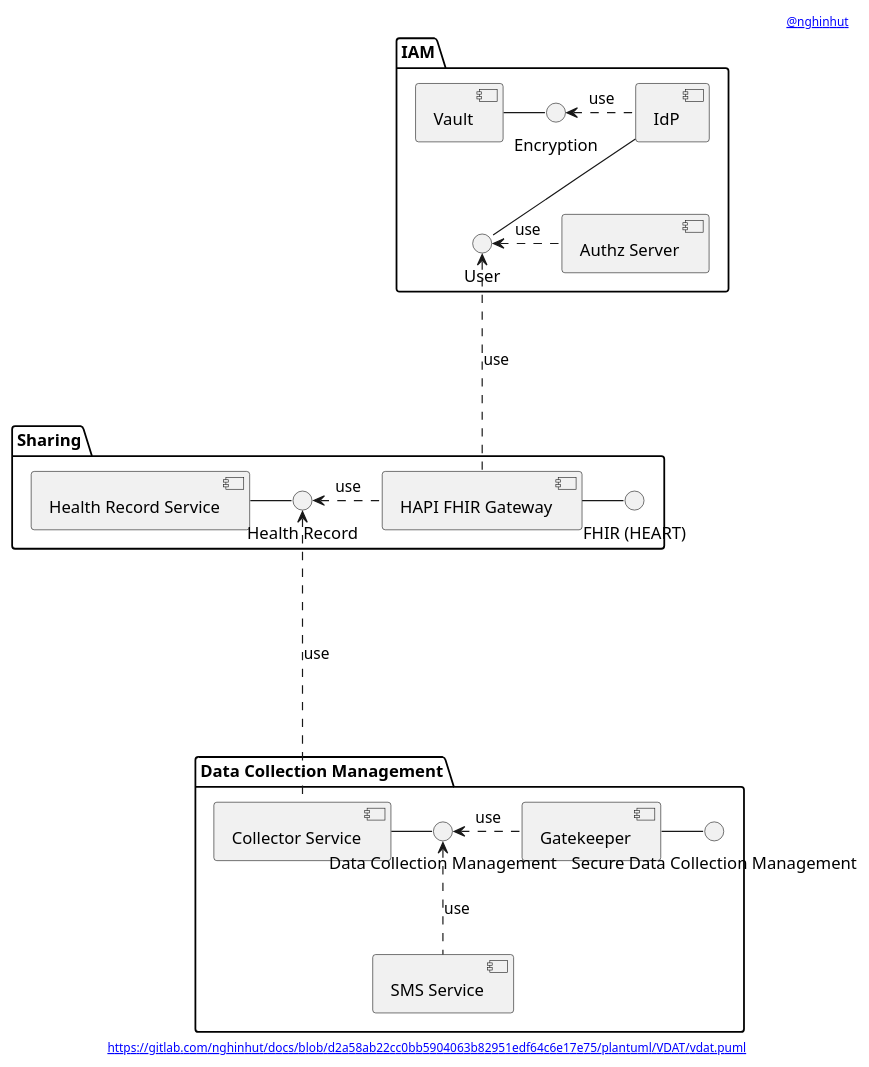
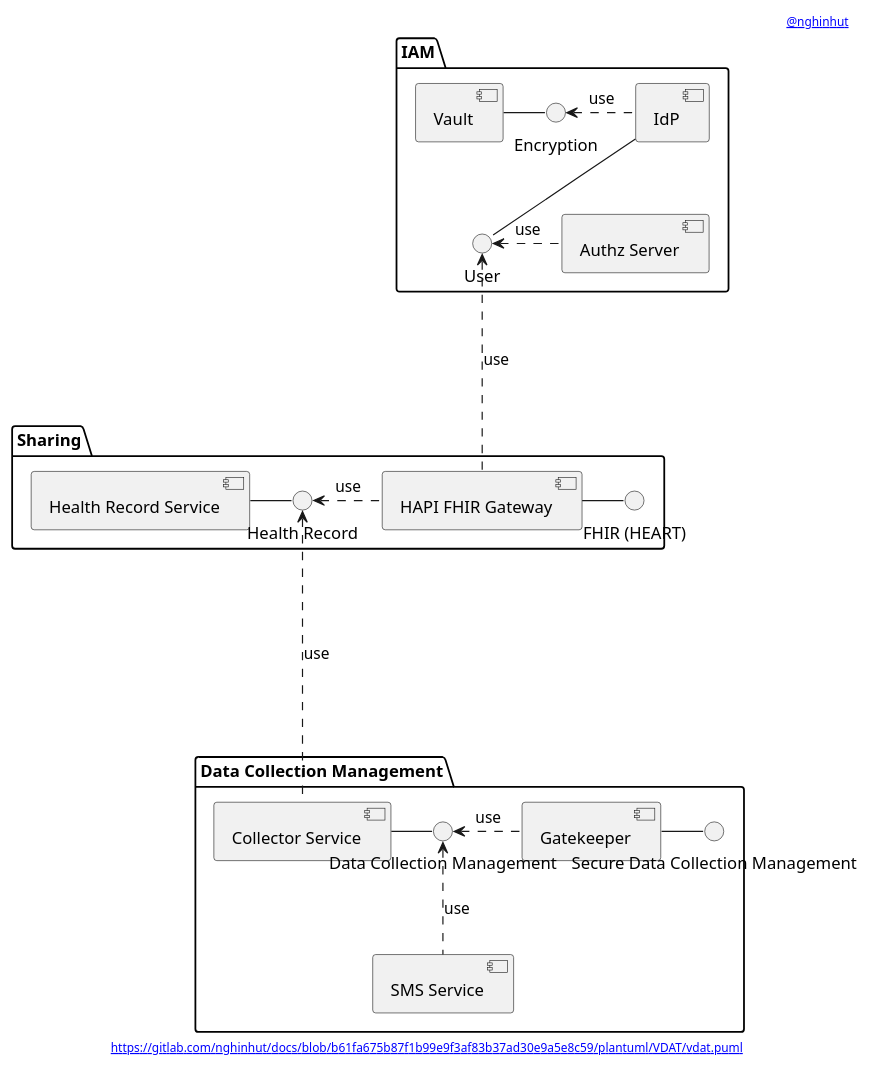
One commit to nghinhut/docs changed the diagram in plantuml/VDAT/vdat.component.puml. Above: the diagram before and after it, drawn with PlantUML. The commit also changed 24 other files, not shown here.

Commit message:
docs(plantuml): update headers

```diff
--- a/plantuml/VDAT/vdat.component.puml
+++ b/plantuml/VDAT/vdat.component.puml
@@ -1,59 +1,59 @@
 @startuml
 '-----START auto generated metadata please keep comment here to allow auto update-----
 '-----DON'T EDIT THIS SECTION, INSTEAD RE-RUN prebuild.sh TO UPDATE-----
-header [[https://www.nghinhut.dev?from=http%5C%3A%5C%2F%5C%2Fwww%5C.plantuml%5C.com%5C%2Fplantuml%5C%2Fproxy%3Ffmt%3Dsvg%5C%26src%3Dhttps%5C%3A%5C%2F%5C%2Fgitlab%5C.com%5C%2Fnghinhut%5C%2Fdocs%5C%2Fraw%5C%2Fd2a58ab22cc0bb5904063b82951edf64c6e17e75%5C%2Fplantuml%5C%2FVDAT%5C%2Fvdat%5C.puml%0A @nghinhut]]
-footer [[http://www.plantuml.com/plantuml/proxy?fmt=svg&src=https://gitlab.com/nghinhut/docs/raw/d2a58ab22cc0bb5904063b82951edf64c6e17e75/plantuml/VDAT/vdat.puml https://gitlab.com/nghinhut/docs/blob/d2a58ab22cc0bb5904063b82951edf64c6e17e75/plantuml/VDAT/vdat.puml]]
+header [[https://www.nghinhut.dev?from=http%5C%3A%5C%2F%5C%2Fwww%5C.plantuml%5C.com%5C%2Fplantuml%5C%2Fproxy%3Ffmt%3Dsvg%5C%26src%3Dhttps%5C%3A%5C%2F%5C%2Fgitlab%5C.com%5C%2Fnghinhut%5C%2Fdocs%5C%2Fraw%5C%2Fb61fa675b87f1b99e9f3af83b37ad30e9a5e8c59%5C%2Fplantuml%5C%2FVDAT%5C%2Fvdat%5C.puml%0A @nghinhut]]
+footer [[http://www.plantuml.com/plantuml/proxy?fmt=svg&src=https://gitlab.com/nghinhut/docs/raw/b61fa675b87f1b99e9f3af83b37ad30e9a5e8c59/plantuml/VDAT/vdat.puml https://gitlab.com/nghinhut/docs/blob/b61fa675b87f1b99e9f3af83b37ad30e9a5e8c59/plantuml/VDAT/vdat.puml]]
 '-----END auto generated metadata please keep comment here to allow auto update-----
 
 package "IAM" {
     component "Authz Server" as as
     component Vault as vault
     component IdP as idp
 
 '    interface "OAuth2 Authentication" as IOAuth2Authentication
 '    interface "UMA2 Authorization" as IUMA2Authorization
 '    as -- IOAuth2Authentication
 '    as -- IUMA2Authorization
     interface "Encryption" as IEncrypt
     interface "User" as IUser
 }
 
 package "Sharing" {
     component "Health Record Service" as record
     interface "Health Record" as IHealthRecord
     component "HAPI FHIR Gateway" as fhir
     interface "FHIR (HEART)" as IFHIR
 }
 
 package "Data Collection Management" {
     component "Collector Service" as collector
     component "SMS Service" as sms
     component "Gatekeeper" as collector_gatekeeper
     interface "Data Collection Management" as IDataCollectionManagement
     interface "Secure Data Collection Management" as ISecureDataCollectionManagement
 }
 
 
 
 
 
 
 vault - IEncrypt
 IEncrypt <. idp : use
 idp -- IUser
 IUser <. as : use
 IUser <... fhir : use
 
 
 record - IHealthRecord
 IHealthRecord <. fhir : use
 fhir - IFHIR
 IHealthRecord <.... collector : use
 
 
 collector - IDataCollectionManagement
 IDataCollectionManagement <. collector_gatekeeper : use
 collector_gatekeeper - ISecureDataCollectionManagement
 
 IDataCollectionManagement <.. sms : use
 @enduml
```
